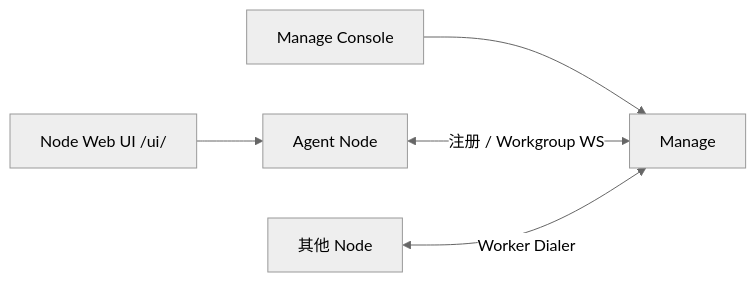
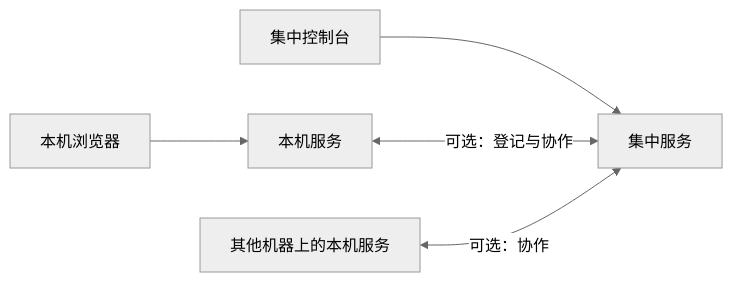
Before and after one commit to DGS-ai-team/DAgents: the diagram in README.md, drawn with Mermaid (neutral theme). The commit also changed other lines of this file and 1 other file, not shown here.

````diff
--- a/README.md
+++ b/README.md
@@ -46,7 +80,7 @@
 ```mermaid
 flowchart LR
-  UI["Node Web UI /ui/"] --> NODE["Agent Node"]
-  CON["Manage Console"] --> MG["Manage"]
-  NODE <-->|注册 / Workgroup WS| MG
-  NODE2["其他 Node"] <-->|Worker Dialer| MG
+  A["本机浏览器"] --> B["本机服务"]
+  C["集中控制台"] --> D["集中服务"]
+  B <-->|可选：登记与协作| D
+  E["其他机器上的本机服务"] <-->|可选：协作| D
 ```
````
